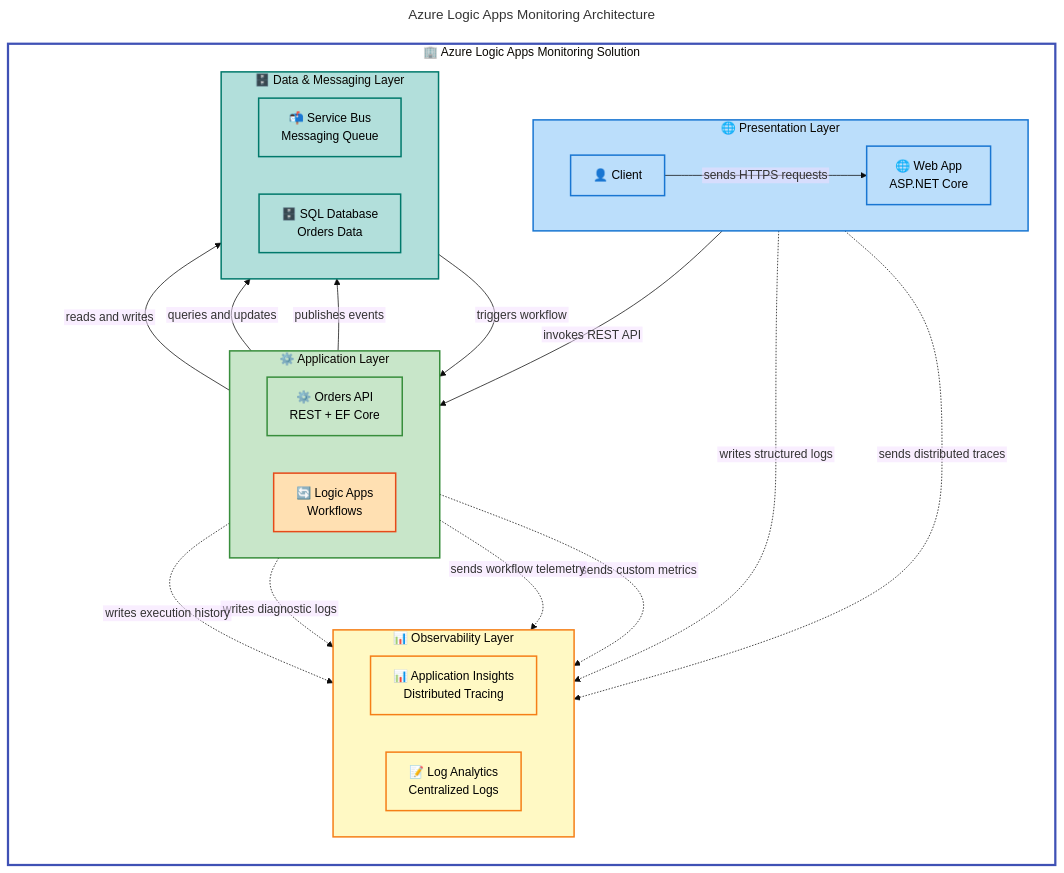
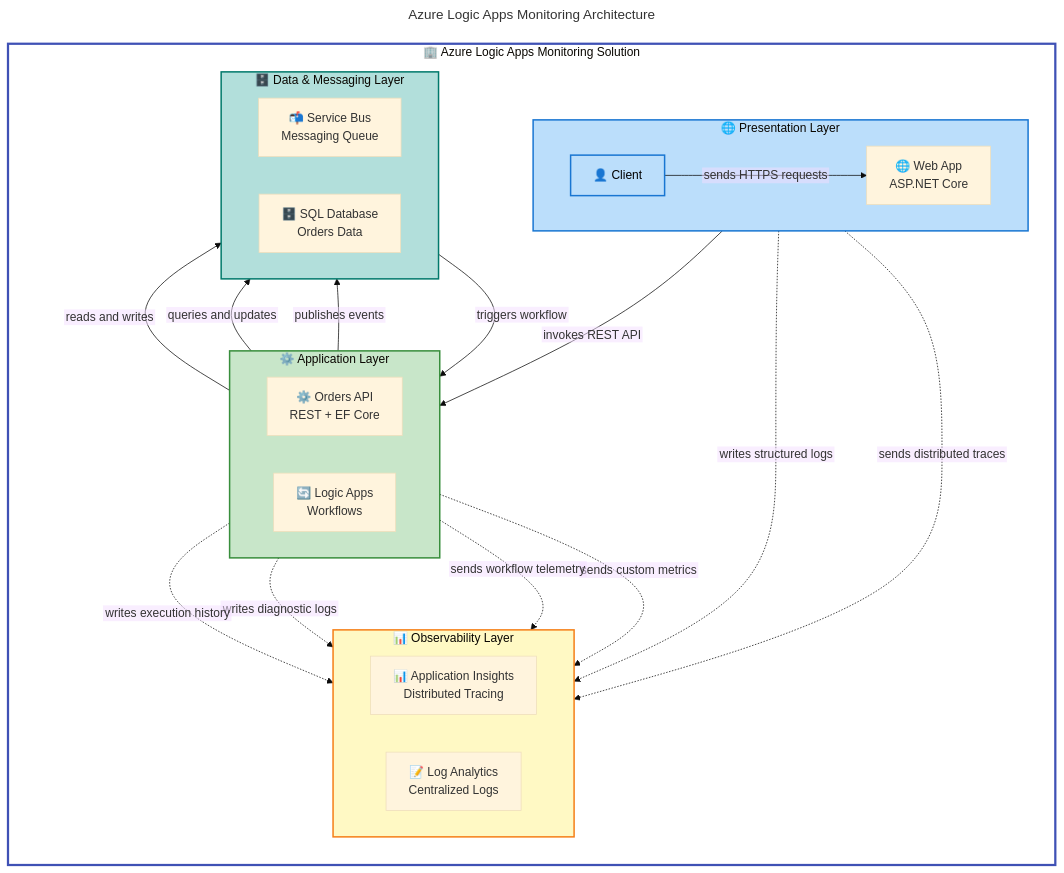
The diagram in README.md (Evilazaro/Azure-LogicApps-Monitoring), drawn with Mermaid before and after one commit.

Commit message:
docs: remove unnecessary styling from mermaid diagram elements for improved clarity

```diff
--- a/README.md
+++ b/README.md
@@ -138,25 +138,25 @@
         subgraph presentation["🌐 Presentation Layer"]
             direction LR
             client["👤 Client"]:::mdBlue
-            webapp["🌐 Web App<br/>ASP.NET Core"]:::mdBlue
+            webapp["🌐 Web App<br/>ASP.NET Core"]
         end
 
         subgraph application["⚙️ Application Layer"]
             direction LR
-            api["⚙️ Orders API<br/>REST + EF Core"]:::mdGreen
-            logicapp["🔄 Logic Apps<br/>Workflows"]:::mdOrange
+            api["⚙️ Orders API<br/>REST + EF Core"]
+            logicapp["🔄 Logic Apps<br/>Workflows"]
         end
 
         subgraph data["🗄️ Data & Messaging Layer"]
             direction LR
-            servicebus["📬 Service Bus<br/>Messaging Queue"]:::mdTeal
-            sqldb["🗄️ SQL Database<br/>Orders Data"]:::mdTeal
+            servicebus["📬 Service Bus<br/>Messaging Queue"]
+            sqldb["🗄️ SQL Database<br/>Orders Data"]
         end
 
         subgraph observability["📊 Observability Layer"]
             direction LR
-            appinsights["📊 Application Insights<br/>Distributed Tracing"]:::mdYellow
-            loganalytics["📝 Log Analytics<br/>Centralized Logs"]:::mdYellow
+            appinsights["📊 Application Insights<br/>Distributed Tracing"]
+            loganalytics["📝 Log Analytics<br/>Centralized Logs"]
         end
 
         %% Data Flow (solid arrows)
```
